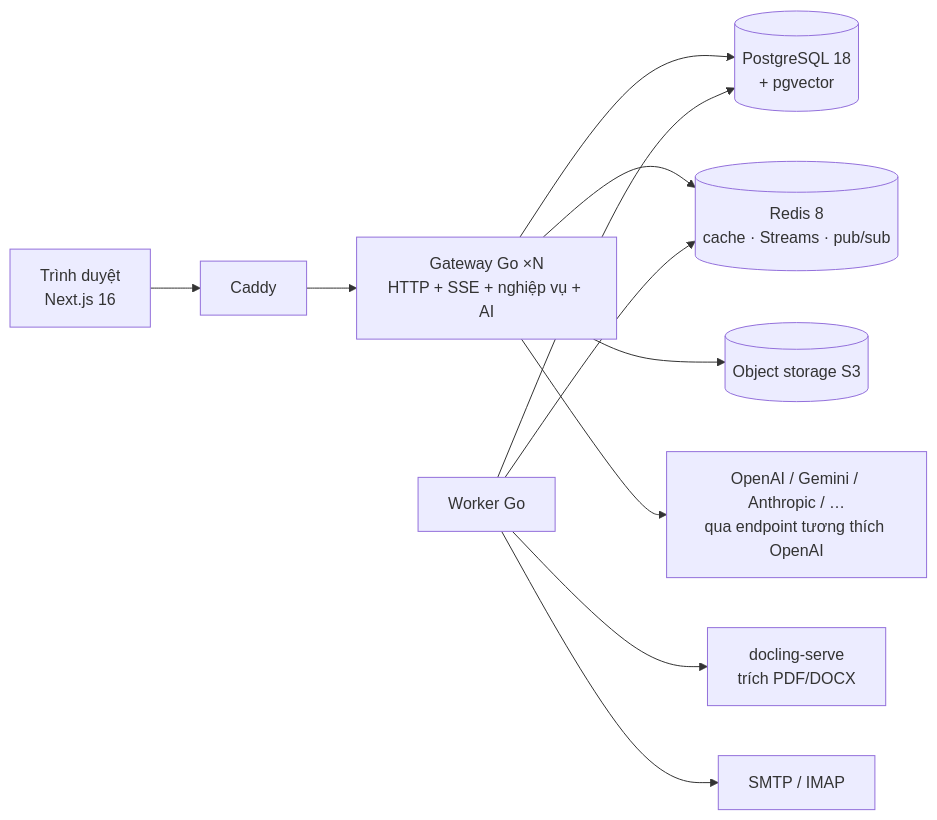
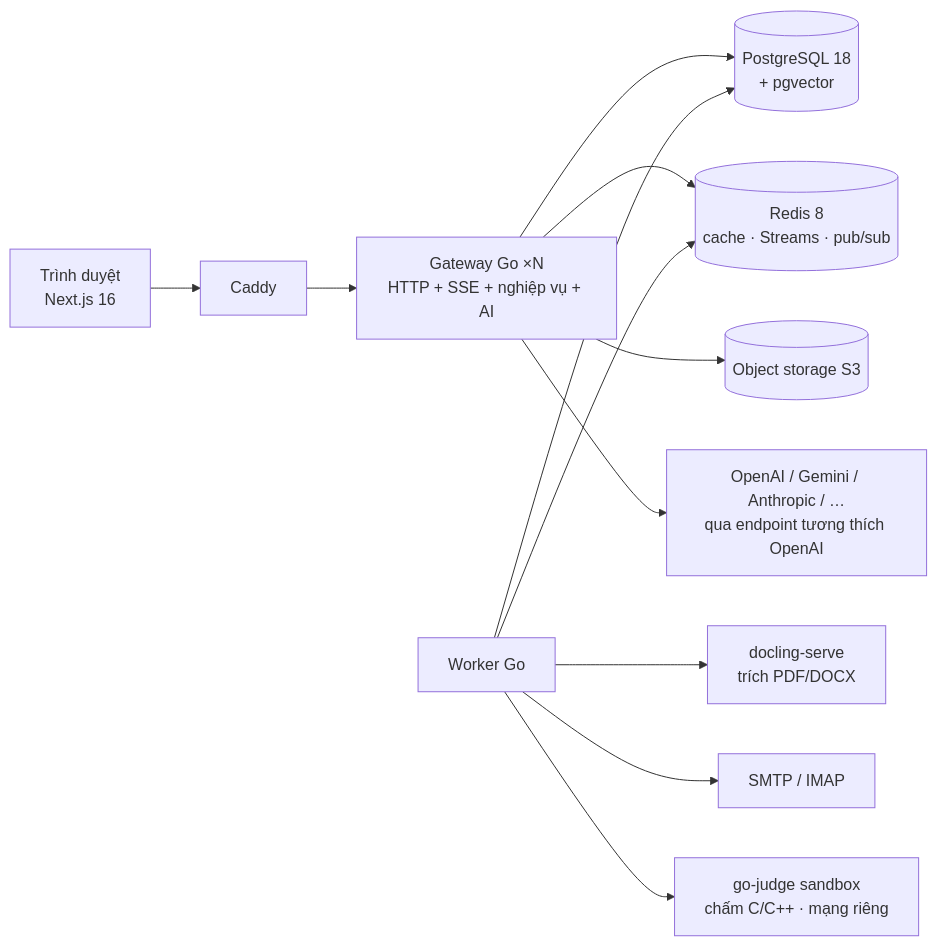
Before and after one commit to kagamikuro1024/EduPilot-v2: the first of 2 diagrams in README.md, drawn with Mermaid. The commit also changed other lines of this file, not shown here.

````diff
--- a/README.md
+++ b/README.md
@@ -44,13 +44,14 @@
 ```mermaid
 flowchart LR
   B[Trình duyệt<br/>Next.js 16] --> C[Caddy]
   C --> GW[Gateway Go ×N<br/>HTTP + SSE + nghiệp vụ + AI]
   GW --> PG[(PostgreSQL 18<br/>+ pgvector)]
   GW --> RD[(Redis 8<br/>cache · Streams · pub/sub)]
   GW --> OS[(Object storage S3)]
   GW --> LLM[OpenAI / Gemini / Anthropic / …<br/>qua endpoint tương thích OpenAI]
   W[Worker Go] --> PG
   W --> RD
   W --> DS[docling-serve<br/>trích PDF/DOCX]
   W --> MAIL[SMTP / IMAP]
+  W --> JD[go-judge sandbox<br/>chấm C/C++ · mạng riêng]
 ```
````
